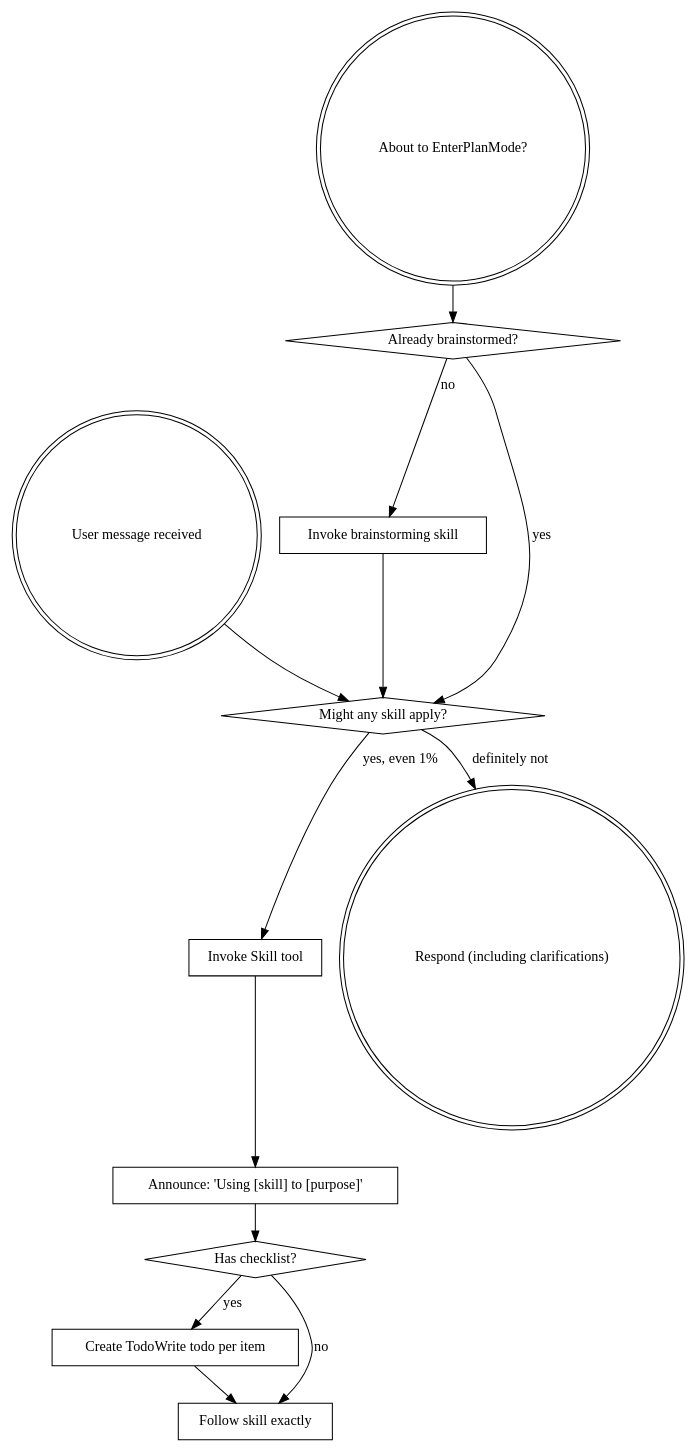
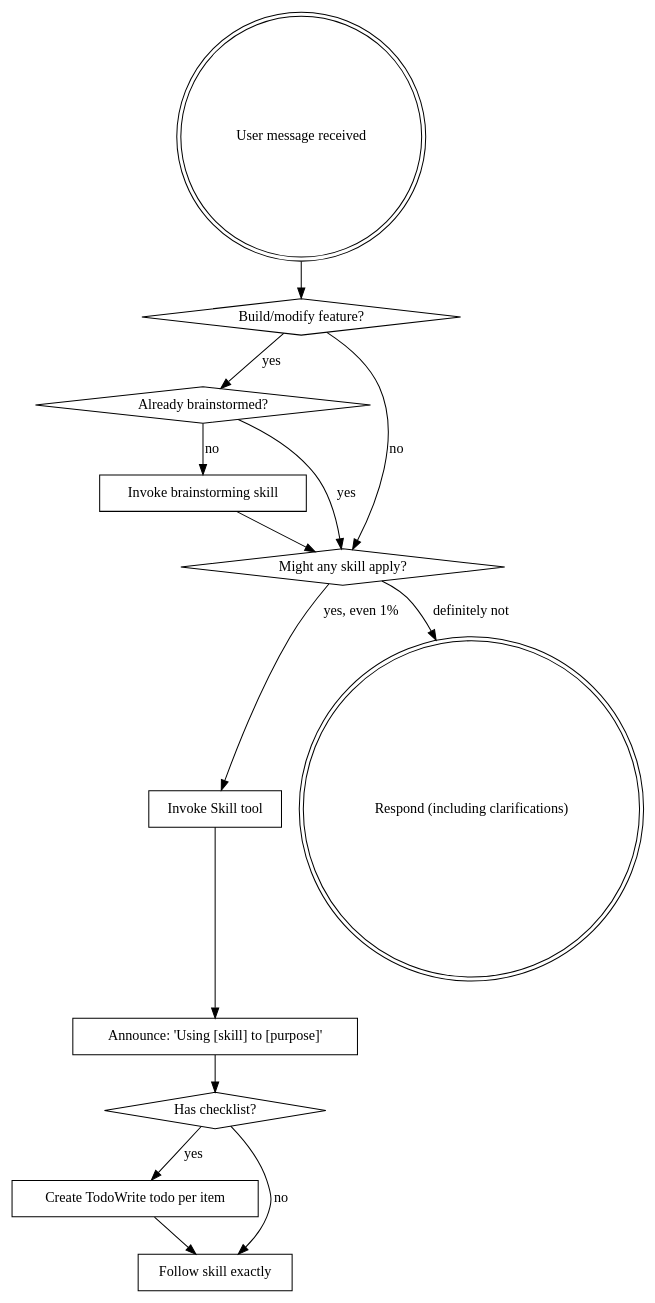
One commit to shousper/claude-kit changed the diagram in skills/using-kit/SKILL.md. Above: the diagram before and after it, drawn with Graphviz. The commit also changed other lines of this file and 23 other files, not shown here.

````diff
--- a/skills/using-kit/SKILL.md
+++ b/skills/using-kit/SKILL.md
@@ -26,29 +26,30 @@
 ```dot
 digraph skill_flow {
     "User message received" [shape=doublecircle];
-    "About to EnterPlanMode?" [shape=doublecircle];
+    "Build/modify feature?" [shape=diamond];
     "Already brainstormed?" [shape=diamond];
     "Invoke brainstorming skill" [shape=box];
     "Might any skill apply?" [shape=diamond];
     "Invoke Skill tool" [shape=box];
     "Announce: 'Using [skill] to [purpose]'" [shape=box];
     "Has checklist?" [shape=diamond];
     "Create TodoWrite todo per item" [shape=box];
     "Follow skill exactly" [shape=box];
     "Respond (including clarifications)" [shape=doublecircle];
 
-    "About to EnterPlanMode?" -> "Already brainstormed?";
+    "User message received" -> "Build/modify feature?";
+    "Build/modify feature?" -> "Already brainstormed?" [label="yes"];
+    "Build/modify feature?" -> "Might any skill apply?" [label="no"];
     "Already brainstormed?" -> "Invoke brainstorming skill" [label="no"];
     "Already brainstormed?" -> "Might any skill apply?" [label="yes"];
     "Invoke brainstorming skill" -> "Might any skill apply?";
 
-    "User message received" -> "Might any skill apply?";
     "Might any skill apply?" -> "Invoke Skill tool" [label="yes, even 1%"];
     "Might any skill apply?" -> "Respond (including clarifications)" [label="definitely not"];
     "Invoke Skill tool" -> "Announce: 'Using [skill] to [purpose]'";
     "Announce: 'Using [skill] to [purpose]'" -> "Has checklist?";
     "Has checklist?" -> "Create TodoWrite todo per item" [label="yes"];
     "Has checklist?" -> "Follow skill exactly" [label="no"];
     "Create TodoWrite todo per item" -> "Follow skill exactly";
 }
 ```
````
